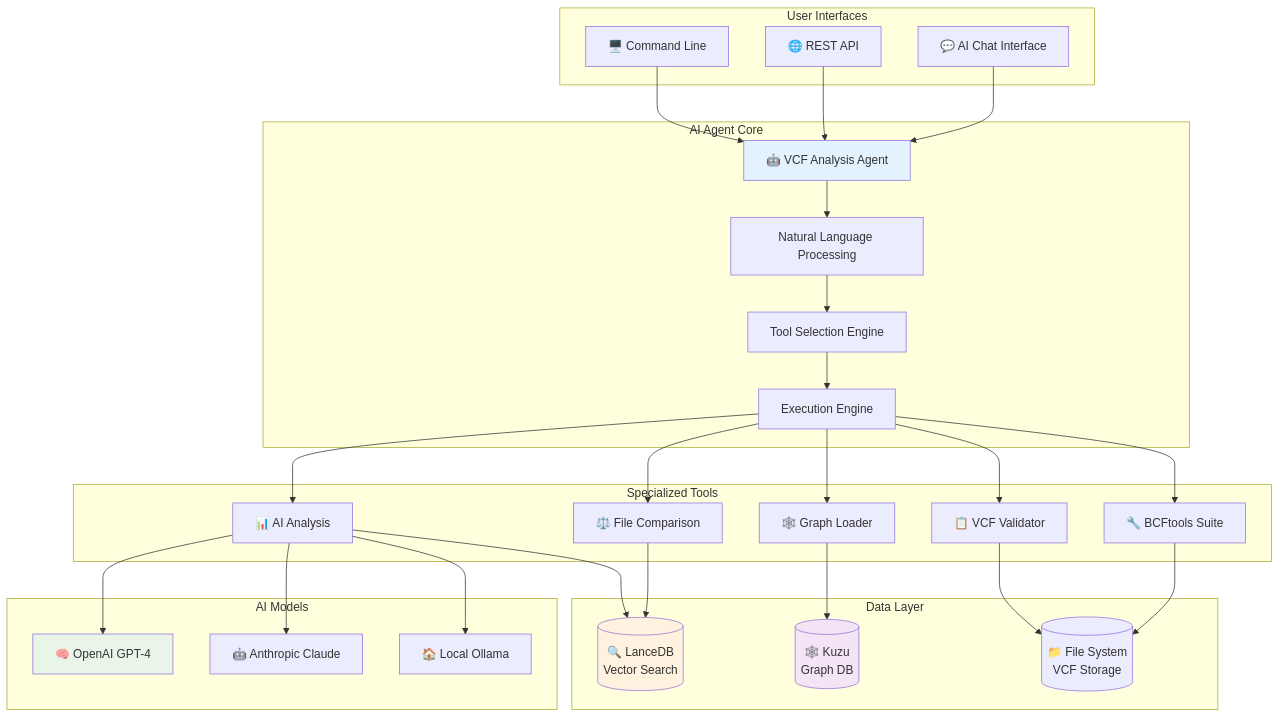
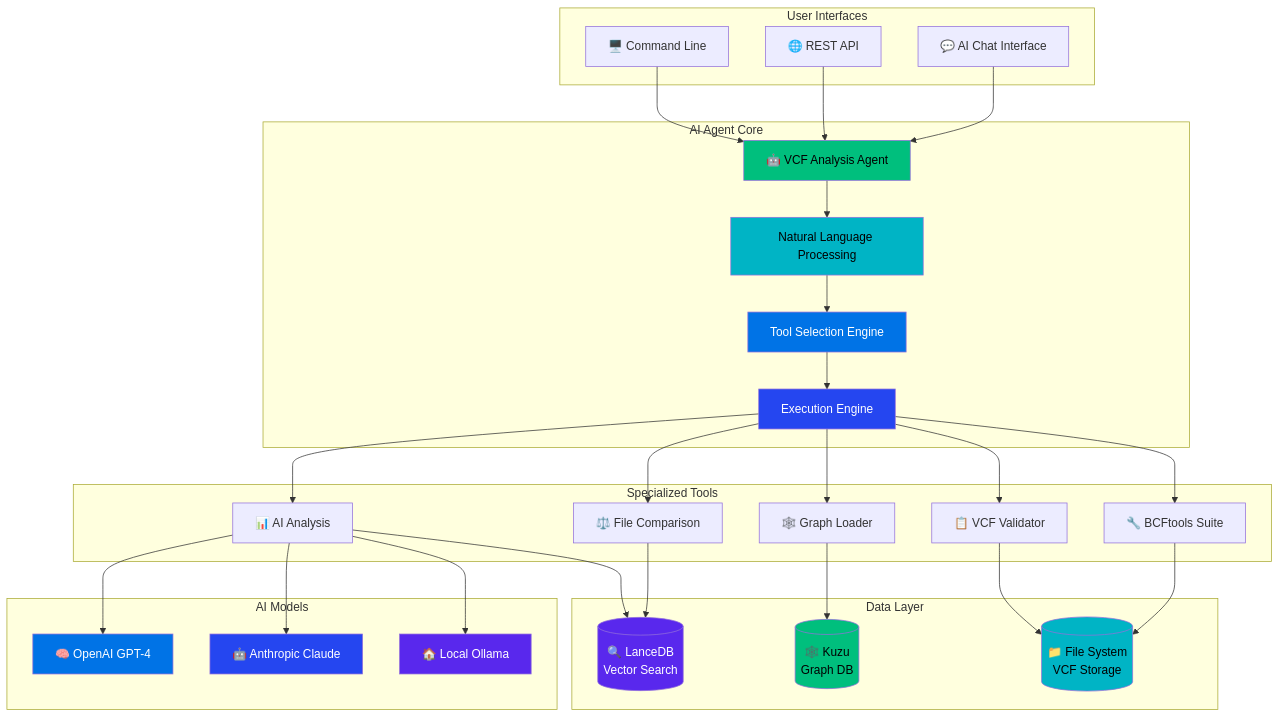
One commit to elementalcollision/vcf_analysis changed the fifth of 13 diagrams in README.md. Above: the diagram before and after it, drawn with Mermaid. The commit also changed other lines of this file and 1 other file, not shown here.

````diff
--- a/README.md
+++ b/README.md
@@ -313,64 +323,70 @@
 ```mermaid
 graph TB
     subgraph "User Interfaces"
         CLI[🖥️ Command Line]
         API[🌐 REST API]
         CHAT[💬 AI Chat Interface]
     end
     
     subgraph "AI Agent Core"
         AGENT[🤖 VCF Analysis Agent]
         NLP[Natural Language Processing]
         TOOLS[Tool Selection Engine]
         EXEC[Execution Engine]
     end
     
     subgraph "Specialized Tools"
         VALIDATE[📋 VCF Validator]
         BCFTOOLS[🔧 BCFtools Suite]
         ANALYSIS[📊 AI Analysis]
         COMPARE[⚖️ File Comparison]
         GRAPH_LOAD[🕸️ Graph Loader]
     end
     
     subgraph "Data Layer"
         LANCE[(🔍 LanceDB<br/>Vector Search)]
         KUZU[(🕸️ Kuzu<br/>Graph DB)]
         FILES[(📁 File System<br/>VCF Storage)]
     end
     
     subgraph "AI Models"
         OPENAI[🧠 OpenAI GPT-4]
         CLAUDE[🤖 Anthropic Claude]
         OLLAMA[🏠 Local Ollama]
     end
     
     CLI --> AGENT
     API --> AGENT
     CHAT --> AGENT
     
     AGENT --> NLP
     NLP --> TOOLS
     TOOLS --> EXEC
     
     EXEC --> VALIDATE
     EXEC --> BCFTOOLS
     EXEC --> ANALYSIS
     EXEC --> COMPARE
     EXEC --> GRAPH_LOAD
     
     VALIDATE --> FILES
     BCFTOOLS --> FILES
     ANALYSIS --> LANCE
     GRAPH_LOAD --> KUZU
     COMPARE --> LANCE
     
     ANALYSIS --> OPENAI
     ANALYSIS --> CLAUDE
     ANALYSIS --> OLLAMA
     
-    style AGENT fill:#e3f2fd
-    style LANCE fill:#fff3e0
-    style KUZU fill:#f3e5f5
-    style OPENAI fill:#e8f5e8
+    style AGENT fill:#00bf7d,color:#000000
+    style NLP fill:#00b4c5,color:#000000
+    style TOOLS fill:#0073e6,color:#ffffff
+    style EXEC fill:#2546f0,color:#ffffff
+    style LANCE fill:#5928ed,color:#ffffff
+    style KUZU fill:#00bf7d,color:#000000
+    style FILES fill:#00b4c5,color:#000000
+    style OPENAI fill:#0073e6,color:#ffffff
+    style CLAUDE fill:#2546f0,color:#ffffff
+    style OLLAMA fill:#5928ed,color:#ffffff
 ```
````
